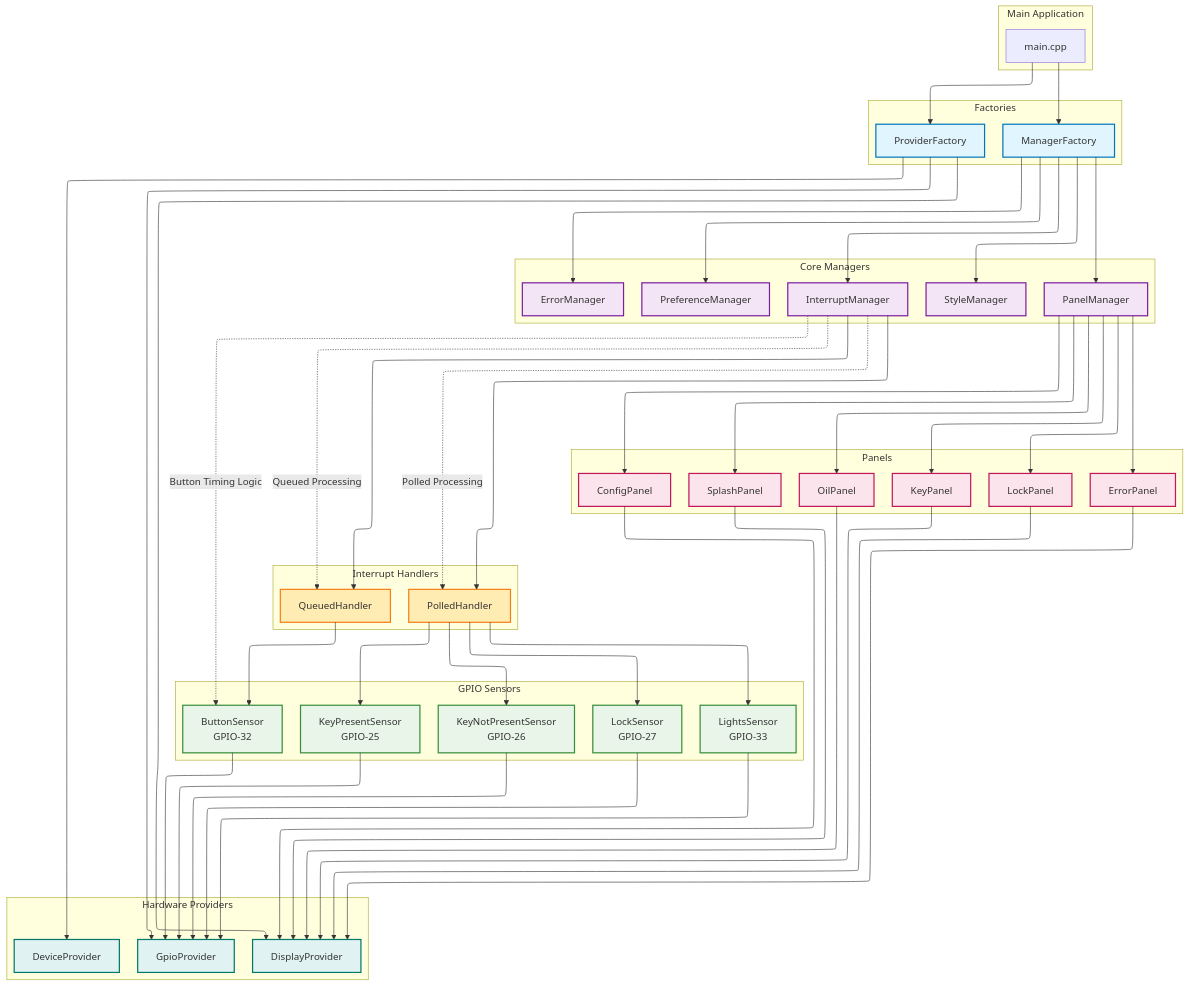
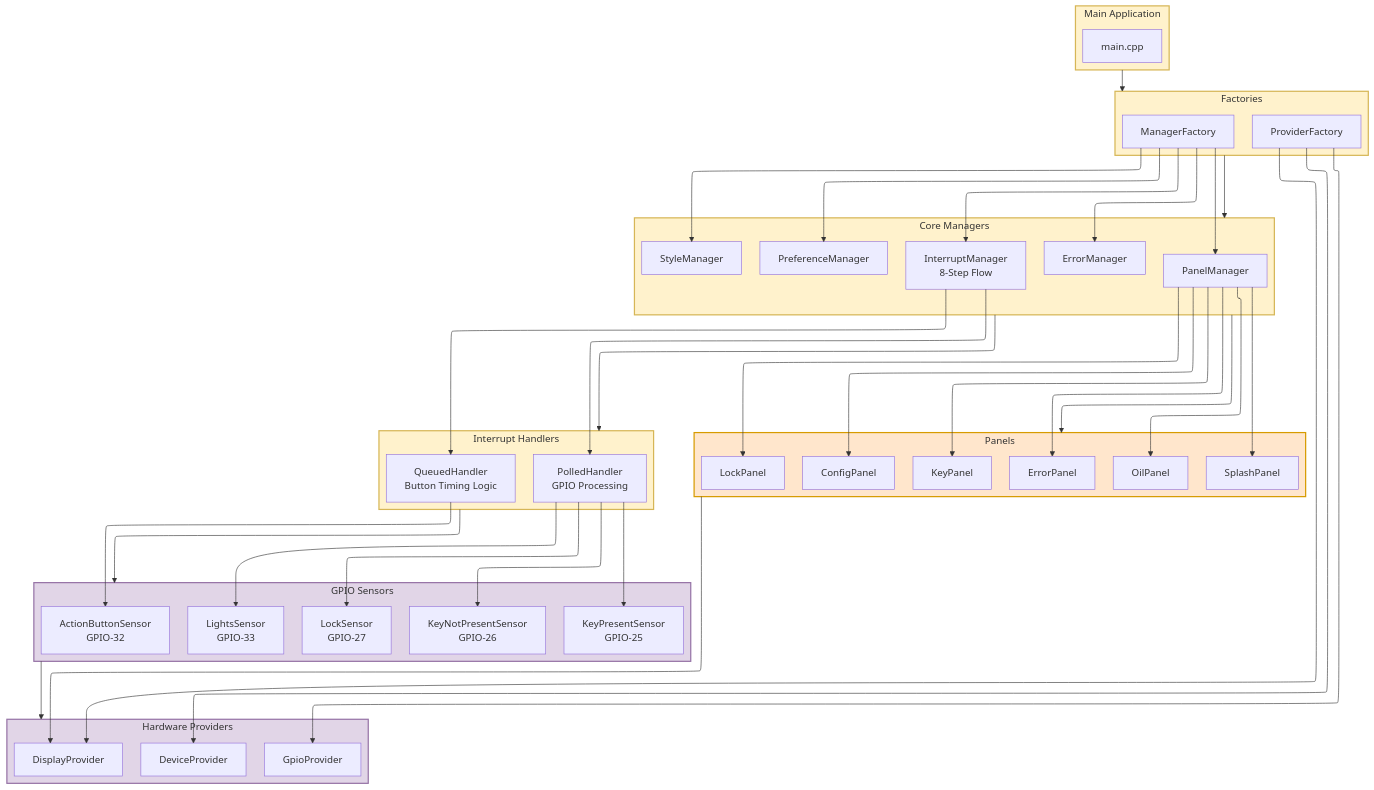
The diagram in docs/diagrams/architecture-overview.md (marcelrienks/Clarity), drawn with Mermaid before and after one commit. The commit also changed 1 other file, not shown here.

````diff
--- a/docs/diagrams/architecture-overview.md
+++ b/docs/diagrams/architecture-overview.md
@@ -21,96 +21,101 @@
 ---
 config:
   layout: elk
-  theme: mc
+  theme: default
+  elk:
+    algorithm: layered
+    direction: DOWN
 ---
-flowchart TB
- subgraph subGraph0["Main Application"]
+flowchart TD
+    %% Main Application Entry
+    subgraph MainApp ["Main Application"]
         Main["main.cpp"]
-  end
- subgraph Factories["Factories"]
+    end
+    
+    %% Factory Layer
+    subgraph FactoryLayer ["Factories"]
         ProviderFactory["ProviderFactory"]
         ManagerFactory["ManagerFactory"]
-  end
- subgraph subGraph2["Core Managers"]
-        InterruptManager["InterruptManager"]
+    end
+    
+    %% Core Managers Layer
+    subgraph CoreManagers ["Core Managers"]
+        ErrorManager["ErrorManager"]
+        InterruptManager["InterruptManager<br/>8-Step Flow"]
+        PreferenceManager["PreferenceManager"]
+        StyleManager["StyleManager"]  
         PanelManager["PanelManager"]
-        StyleManager["StyleManager"]
-        PreferenceManager["PreferenceManager"]
-        ErrorManager["ErrorManager"]
-  end
- subgraph subGraph3["Interrupt Handlers"]
-        PolledHandler["PolledHandler"]
-        QueuedHandler["QueuedHandler"]
-  end
- subgraph subGraph4["GPIO Sensors"]
-        KeyPresentSensor["KeyPresentSensor<br>GPIO-25"]
-        KeyNotPresentSensor["KeyNotPresentSensor<br>GPIO-26"]
-        LockSensor["LockSensor<br>GPIO-27"]
-        LightsSensor["LightsSensor<br>GPIO-33"]
-        ActionButtonSensor["ButtonSensor<br>GPIO-32"]
-  end
- subgraph Panels["Panels"]
+    end
+    
+    %% Panels Layer
+    subgraph PanelsLayer ["Panels"]
+        ConfigPanel["ConfigPanel"]
         SplashPanel["SplashPanel"]
         OilPanel["OilPanel"]
         KeyPanel["KeyPanel"]
         LockPanel["LockPanel"]
         ErrorPanel["ErrorPanel"]
-        ConfigPanel["ConfigPanel"]
-  end
- subgraph subGraph6["Hardware Providers"]
+    end
+    
+    %% Interrupt Handlers Layer
+    subgraph InterruptHandlers ["Interrupt Handlers"]
+        QueuedHandler["QueuedHandler<br/>Button Timing Logic"]
+        PolledHandler["PolledHandler<br/>GPIO Processing"]
+    end
+    
+    %% GPIO Sensors Layer
+    subgraph GPIOSensors ["GPIO Sensors"]
+        ActionButtonSensor["ActionButtonSensor<br/>GPIO-32"]
+        KeyPresentSensor["KeyPresentSensor<br/>GPIO-25"]
+        KeyNotPresentSensor["KeyNotPresentSensor<br/>GPIO-26"]
+        LockSensor["LockSensor<br/>GPIO-27"]
+        LightsSensor["LightsSensor<br/>GPIO-33"]
+    end
+    
+    %% Hardware Providers Layer
+    subgraph HardwareProviders ["Hardware Providers"]
+        DeviceProvider["DeviceProvider"]
         GpioProvider["GpioProvider"]
         DisplayProvider["DisplayProvider"]
-        DeviceProvider["DeviceProvider"]
-  end
-    Main --> ProviderFactory & ManagerFactory
+    end
+    
+    %% Connection Flow - Top to Bottom
+    MainApp --> FactoryLayer
+    FactoryLayer --> CoreManagers
+    CoreManagers --> PanelsLayer
+    CoreManagers --> InterruptHandlers
+    InterruptHandlers --> GPIOSensors
+    GPIOSensors --> HardwareProviders
+    
+    %% Internal Factory Connections
     ProviderFactory --> GpioProvider & DisplayProvider & DeviceProvider
-    ManagerFactory --> InterruptManager & PanelManager & StyleManager & PreferenceManager & ErrorManager
-    InterruptManager --> PolledHandler & QueuedHandler
+    ManagerFactory --> ErrorManager & InterruptManager & PreferenceManager & StyleManager & PanelManager
+    
+    %% Interrupt Manager 8-Step Flow
+    InterruptManager --> QueuedHandler & PolledHandler
+    QueuedHandler --> ActionButtonSensor
     PolledHandler --> KeyPresentSensor & KeyNotPresentSensor & LockSensor & LightsSensor
-    QueuedHandler --> ActionButtonSensor
-    PanelManager --> SplashPanel & OilPanel & KeyPanel & LockPanel & ErrorPanel & ConfigPanel
-    KeyPresentSensor --> GpioProvider
-    KeyNotPresentSensor --> GpioProvider
-    LockSensor --> GpioProvider
-    LightsSensor --> GpioProvider
-    ActionButtonSensor --> GpioProvider
-    SplashPanel --> DisplayProvider
-    OilPanel --> DisplayProvider
-    KeyPanel --> DisplayProvider
-    LockPanel --> DisplayProvider
-    ErrorPanel --> DisplayProvider
-    ConfigPanel --> DisplayProvider
-    InterruptManager -. Button Timing Logic .-> ActionButtonSensor
-    InterruptManager -. Polled Processing .-> PolledHandler
-    InterruptManager -. Queued Processing .-> QueuedHandler
-     ProviderFactory:::factory
-     ManagerFactory:::factory
-     InterruptManager:::manager
-     PanelManager:::manager
-     StyleManager:::manager
-     PreferenceManager:::manager
-     ErrorManager:::manager
-     PolledHandler:::handler
-     QueuedHandler:::handler
-     KeyPresentSensor:::sensor
-     KeyNotPresentSensor:::sensor
-     LockSensor:::sensor
-     LightsSensor:::sensor
-     ActionButtonSensor:::sensor
-     SplashPanel:::panel
-     OilPanel:::panel
-     KeyPanel:::panel
-     LockPanel:::panel
-     ErrorPanel:::panel
-     ConfigPanel:::panel
-     GpioProvider:::provider
-     DisplayProvider:::provider
-     DeviceProvider:::provider
-    classDef factory fill:#e1f5fe,stroke:#0277bd,stroke-width:2px
-    classDef manager fill:#f3e5f5,stroke:#7b1fa2,stroke-width:2px
-    classDef handler fill:#ffecb3,stroke:#f57f17,stroke-width:2px
-    classDef sensor fill:#e8f5e8,stroke:#388e3c,stroke-width:2px
-    classDef panel fill:#fce4ec,stroke:#c2185b,stroke-width:2px
-    classDef provider fill:#e0f2f1,stroke:#00796b,stroke-width:2px
-
+    
+    %% Panel Manager Connections
+    PanelManager --> ConfigPanel & SplashPanel & OilPanel & KeyPanel & LockPanel & ErrorPanel
+    
+    %% Hardware Dependencies
+    PanelsLayer --> DisplayProvider
+    
+    %% Styling to Match Screenshot
+    classDef mainapp fill:#fff2cc,stroke:#d6b656,stroke-width:2px
+    classDef factory fill:#fff2cc,stroke:#d6b656,stroke-width:2px
+    classDef manager fill:#fff2cc,stroke:#d6b656,stroke-width:2px
+    classDef panel fill:#ffe6cc,stroke:#d79b00,stroke-width:2px
+    classDef handler fill:#fff2cc,stroke:#d6b656,stroke-width:2px
+    classDef sensor fill:#e1d5e7,stroke:#9673a6,stroke-width:2px
+    classDef provider fill:#e1d5e7,stroke:#9673a6,stroke-width:2px
+    
+    class MainApp mainapp
+    class FactoryLayer factory
+    class CoreManagers manager
+    class PanelsLayer panel
+    class InterruptHandlers handler
+    class GPIOSensors sensor
+    class HardwareProviders provider
 ```
````
